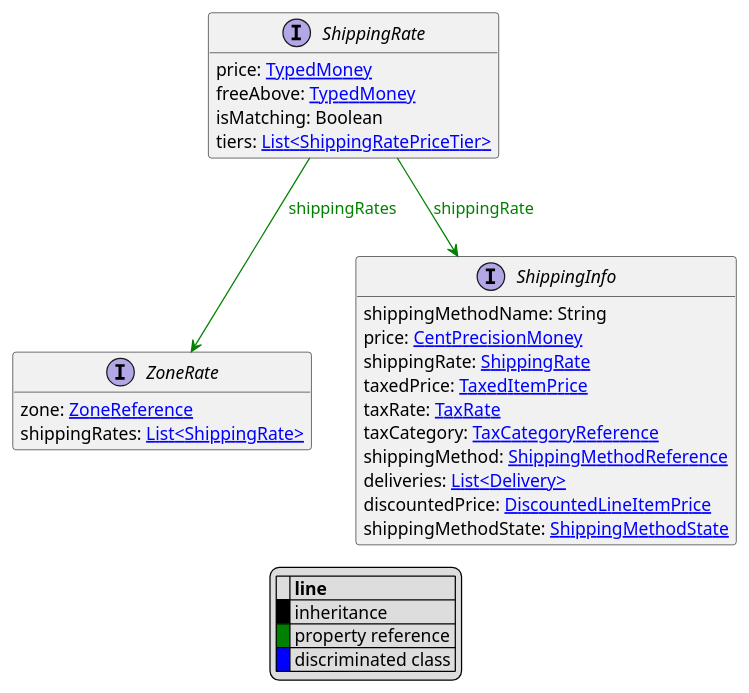
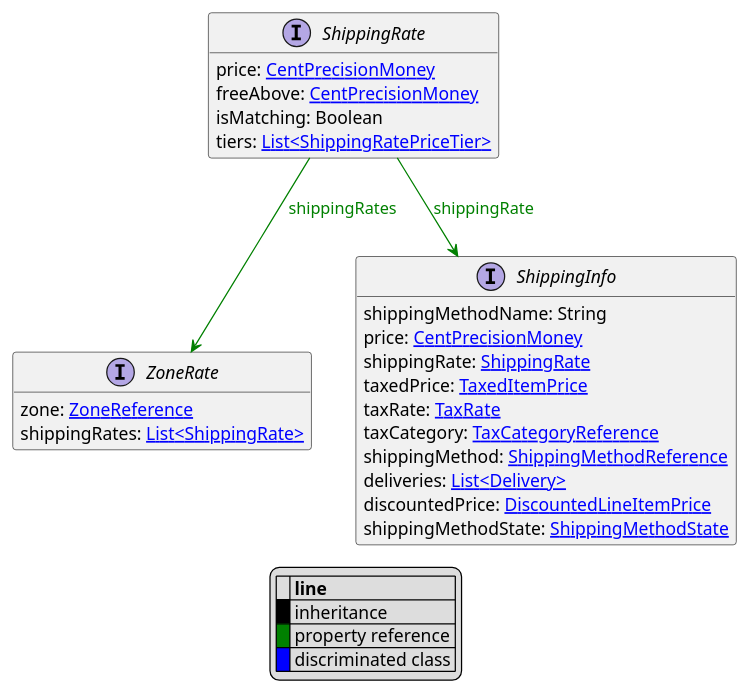
Before and after one commit to commercetools/commercetools-api-reference: the diagram in uml/api/ShippingRate.puml, drawn with PlantUML. The commit also changed 34 other files, not shown here.

```diff
--- a/uml/api/ShippingRate.puml
+++ b/uml/api/ShippingRate.puml
@@ -1,39 +1,39 @@
 @startuml
 
 hide empty fields
 hide empty methods
 legend
 |= |= line |
 |<back:black>   </back>| inheritance |
 |<back:green>   </back>| property reference |
 |<back:blue>   </back>| discriminated class |
 endlegend
 interface ShippingRate [[ShippingRate.svg]]  {
-    price: [[TypedMoney.svg TypedMoney]]
-    freeAbove: [[TypedMoney.svg TypedMoney]]
+    price: [[CentPrecisionMoney.svg CentPrecisionMoney]]
+    freeAbove: [[CentPrecisionMoney.svg CentPrecisionMoney]]
     isMatching: Boolean
     tiers: [[ShippingRatePriceTier.svg List<ShippingRatePriceTier>]]
 }
 
 
 
 interface ZoneRate [[ZoneRate.svg]]  {
     zone: [[ZoneReference.svg ZoneReference]]
     shippingRates: [[ShippingRate.svg List<ShippingRate>]]
 }
 interface ShippingInfo [[ShippingInfo.svg]]  {
     shippingMethodName: String
     price: [[CentPrecisionMoney.svg CentPrecisionMoney]]
     shippingRate: [[ShippingRate.svg ShippingRate]]
     taxedPrice: [[TaxedItemPrice.svg TaxedItemPrice]]
     taxRate: [[TaxRate.svg TaxRate]]
     taxCategory: [[TaxCategoryReference.svg TaxCategoryReference]]
     shippingMethod: [[ShippingMethodReference.svg ShippingMethodReference]]
     deliveries: [[Delivery.svg List<Delivery>]]
     discountedPrice: [[DiscountedLineItemPrice.svg DiscountedLineItemPrice]]
     shippingMethodState: [[ShippingMethodState.svg ShippingMethodState]]
 }
 
 ShippingRate --> ZoneRate #green;text:green : "shippingRates"
 ShippingRate --> ShippingInfo #green;text:green : "shippingRate"
 @enduml
```
